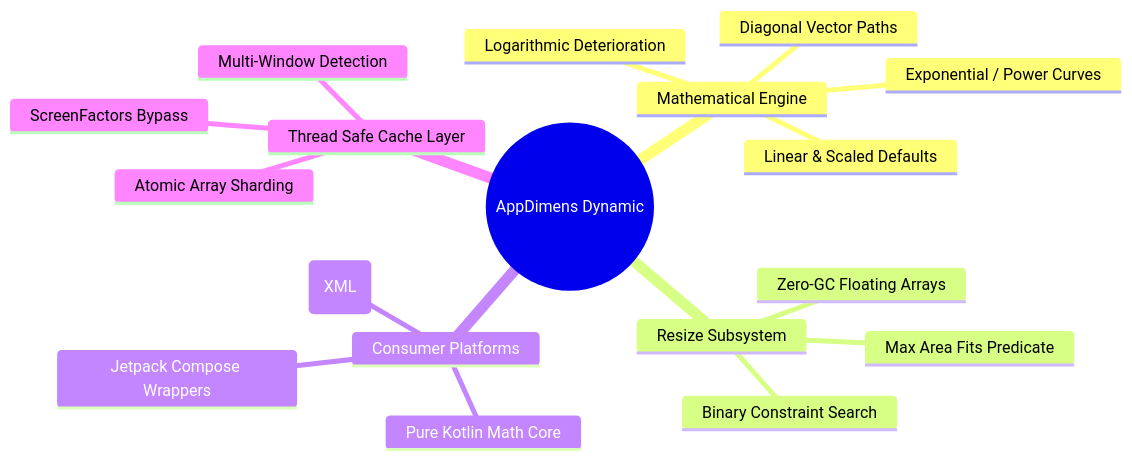
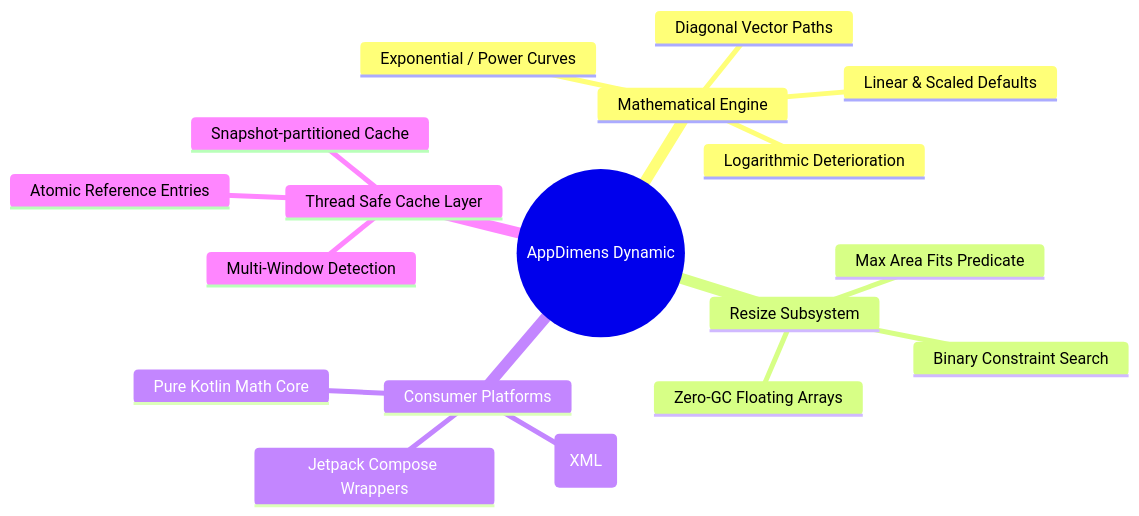
Before and after one commit to bodenberg/appdimens-dynamic: the diagram in DOCUMENTATION/PRD.md, drawn with Mermaid. The commit also changed other lines of this file and 47 other files, not shown here.

````diff
--- a/DOCUMENTATION/PRD.md
+++ b/DOCUMENTATION/PRD.md
@@ -28,21 +28,21 @@
 ```mermaid
 mindmap
   root((AppDimens Dynamic))
     Mathematical Engine
       Linear & Scaled Defaults
       Logarithmic Deterioration
       Exponential / Power Curves
       Diagonal Vector Paths
     Resize Subsystem
       Binary Constraint Search
       Max Area Fits Predicate
       Zero-GC Floating Arrays
     Consumer Platforms
       Jetpack Compose Wrappers
       Android Virtual Views (XML)
       Pure Kotlin Math Core
     Thread Safe Cache Layer
-      ScreenFactors Bypass
+      Snapshot-partitioned Cache
       Multi-Window Detection
-      Atomic Array Sharding
+      Atomic Reference Entries
 ```
````
